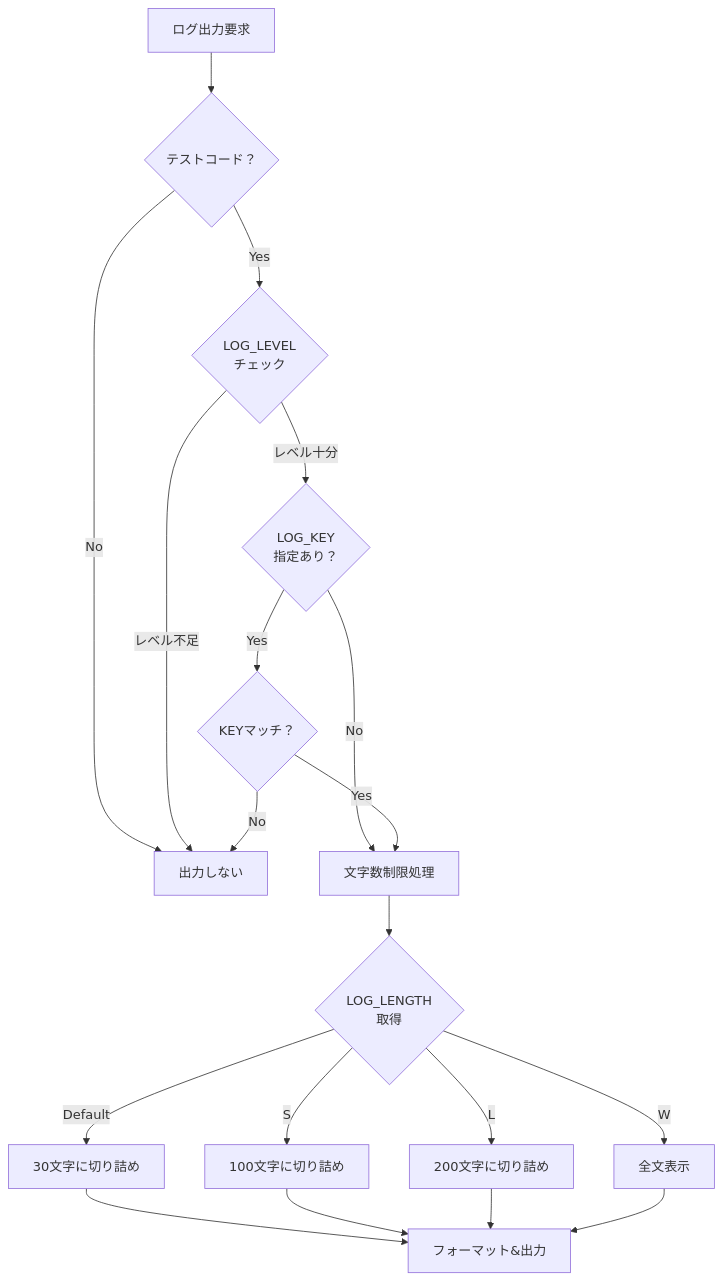
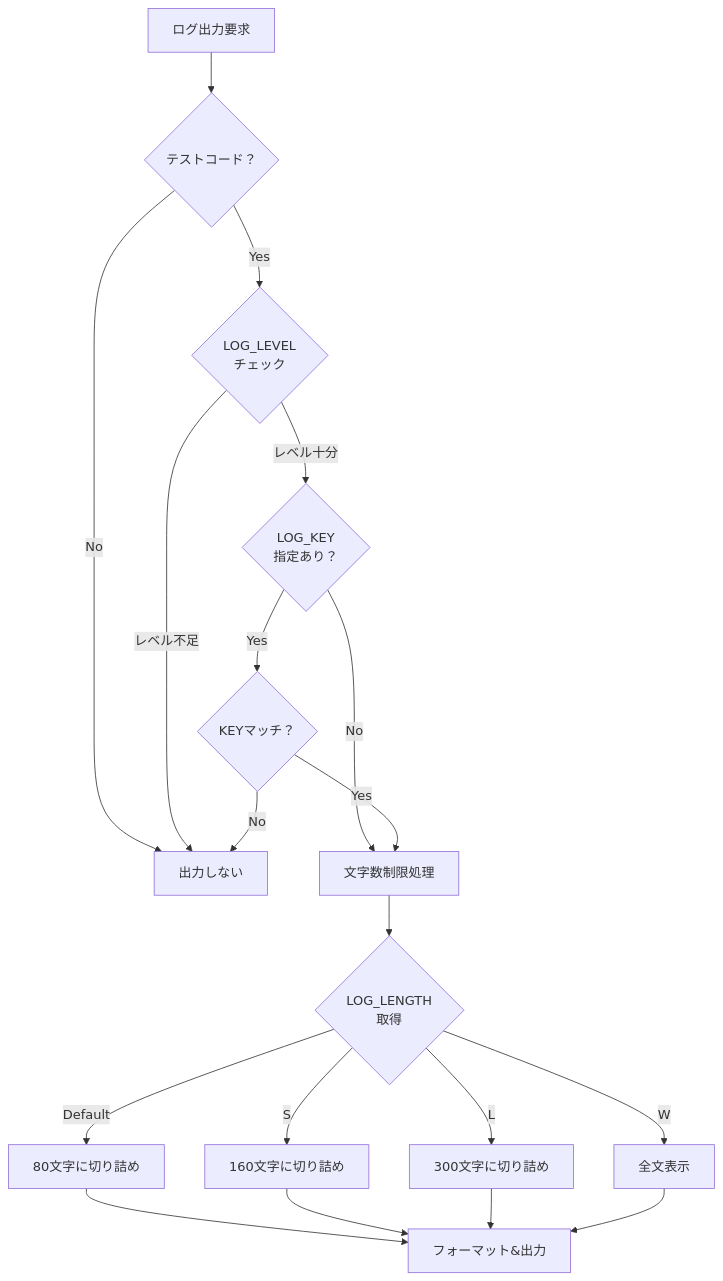
One commit to tettuan/breakdownlogger changed the fourth of 6 diagrams in docs/development.ja.md. Above: the diagram before and after it, drawn with Mermaid. The commit also changed other lines of this file and 12 other files, not shown here.

````diff
--- a/docs/development.ja.md
+++ b/docs/development.ja.md
@@ -156,26 +156,26 @@
 ```mermaid
 flowchart TD
     A[ログ出力要求] --> B{テストコード？}
     B -->|No| END[出力しない]
     B -->|Yes| C{LOG_LEVEL<br/>チェック}
     
     C -->|レベル不足| END
     C -->|レベル十分| D{LOG_KEY<br/>指定あり？}
     
     D -->|No| E[文字数制限処理]
     D -->|Yes| F{KEYマッチ？}
     
     F -->|No| END
     F -->|Yes| E
     
     E --> G{LOG_LENGTH<br/>取得}
-    G -->|Default| H[30文字に切り詰め]
-    G -->|S| I[100文字に切り詰め]
-    G -->|L| J[200文字に切り詰め]
+    G -->|Default| H[80文字に切り詰め]
+    G -->|S| I[160文字に切り詰め]
+    G -->|L| J[300文字に切り詰め]
     G -->|W| K[全文表示]
     
     H --> OUTPUT[フォーマット&出力]
     I --> OUTPUT
     J --> OUTPUT
     K --> OUTPUT
 ```
````
